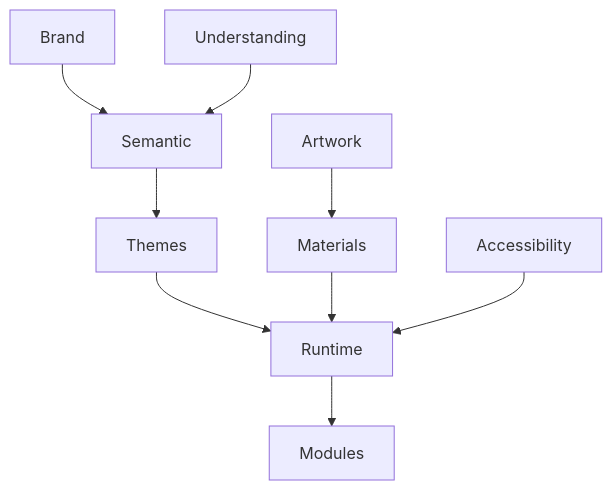
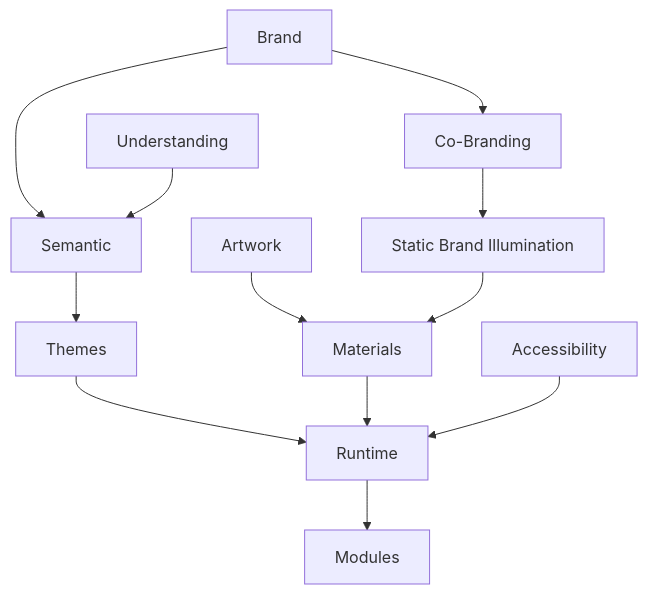
One commit to mosaic-media/architecture changed the diagram in docs/design/system/mds-002-colour-system/12-adrs.md. Above: the diagram before and after it, drawn with Mermaid. The commit also changed other lines of this file and 8 other files, not shown here.

Commit message:
docs(mds-002): define governed brand illumination

````diff
--- a/docs/design/system/mds-002-colour-system/12-adrs.md
+++ b/docs/design/system/mds-002-colour-system/12-adrs.md
@@ -292,30 +346,35 @@
 ```mermaid
 flowchart TD
 
 ADR097["Brand"]
 
 ADR098["Artwork"]
 
 ADR099["Semantic"]
 
 ADR100["Accessibility"]
 
 ADR101["Themes"]
 
 ADR102["Runtime"]
 
 ADR103["Materials"]
 
 ADR104["Modules"]
 
 ADR105["Understanding"]
+ADR106["Co-Branding"]
+ADR107["Static Brand Illumination"]
 
 ADR097 --> ADR099
 ADR099 --> ADR101
 ADR101 --> ADR102
 ADR098 --> ADR103
 ADR103 --> ADR102
 ADR100 --> ADR102
 ADR102 --> ADR104
 ADR105 --> ADR099
+ADR097 --> ADR106
+ADR106 --> ADR107
+ADR107 --> ADR103
 ```
````
